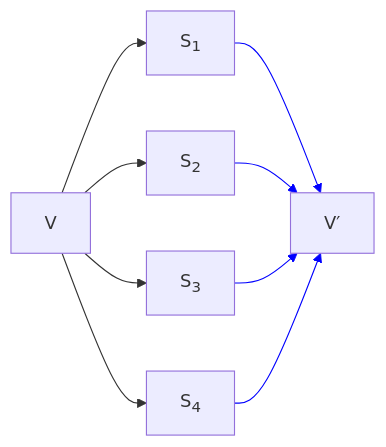
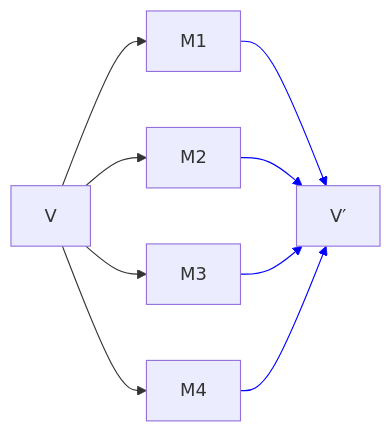
One commit to brevzin/brevzin.github.io changed the fourth of 5 diagrams in _posts/2024-08-01-cnttp.md. Above: the diagram before and after it, drawn with Mermaid. The commit also changed other lines of this file, not shown here.

````diff
--- a/_posts/2024-08-01-cnttp.md
+++ b/_posts/2024-08-01-cnttp.md
@@ -212,14 +252,14 @@
 ```mermaid
 graph LR
-    V --> S1[S<sub>1</sub>]
-    V --> S2[S<sub>2</sub>]
-    V --> S3[S<sub>3</sub>]
-    V --> S4[S<sub>4</sub>]
+    V --> M1
+    V --> M2
+    V --> M3
+    V --> M4
 
-    S1 --> V2["V′"]
-    S2 --> V2
-    S3 --> V2
-    S4 --> V2
+    M1 --> V2["V′"]
+    M2 --> V2
+    M3 --> V2
+    M4 --> V2
 
     linkStyle 4,5,6,7 stroke:blue;
 ```
````
